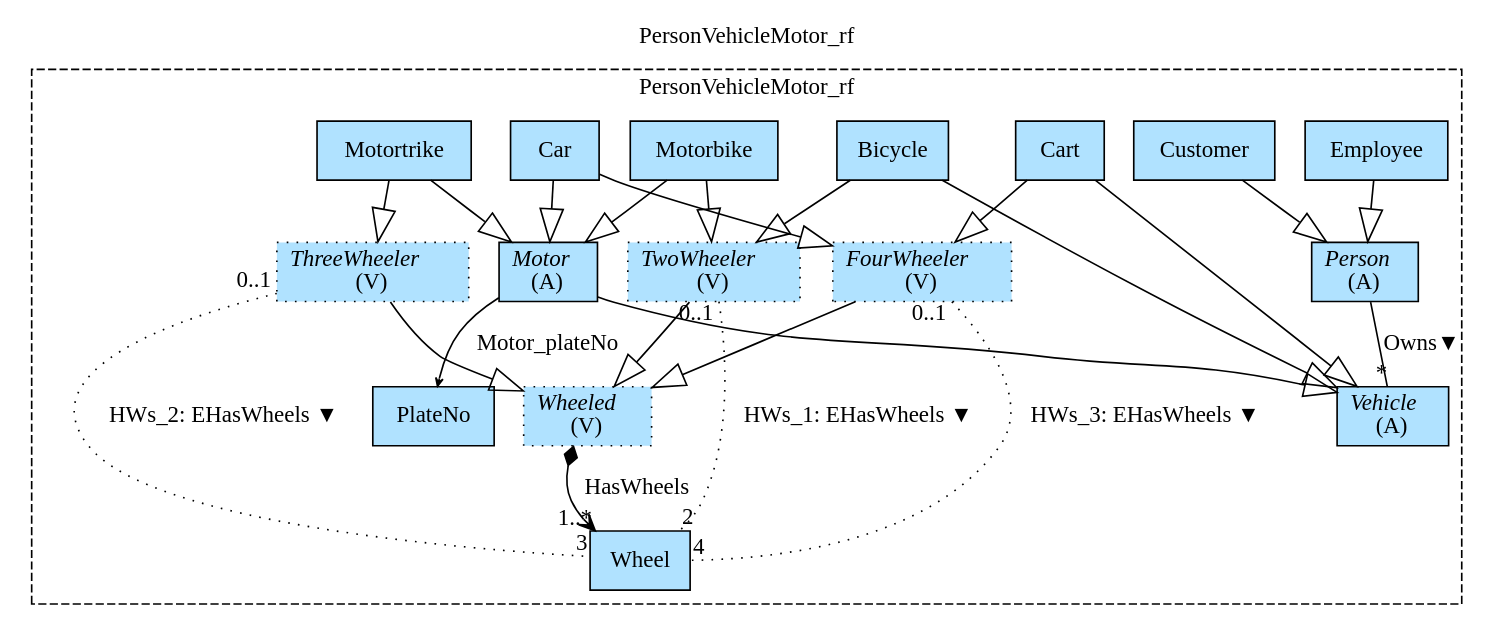
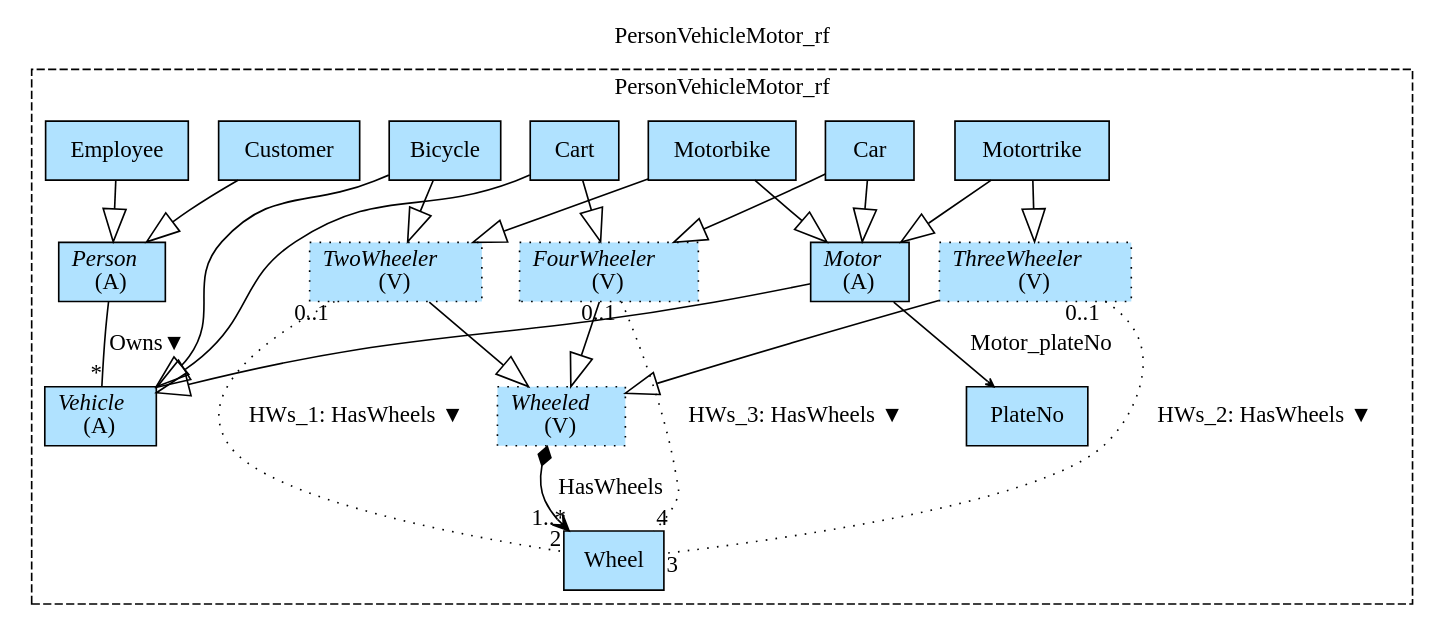
Before and after one commit to namalio/Fragmenta: the diagram in Haskell/FragmentaTests/FrPersonVehicleMotor/img/PersonVehicleMotor_rf.gv, drawn with Graphviz. The commit also changed 109 other files, not shown here.

```diff
--- a/Haskell/FragmentaTests/FrPersonVehicleMotor/img/PersonVehicleMotor_rf.gv
+++ b/Haskell/FragmentaTests/FrPersonVehicleMotor/img/PersonVehicleMotor_rf.gv
@@ -1,44 +1,44 @@
 digraph {graph[label=PersonVehicleMotor_rf,labelloc=tl,labelfontsize=12];
 subgraph cluster_PersonVehicleMotor_rf{style=dashed;label=PersonVehicleMotor_rf;
+"Car"[shape=record,fillcolor=lightskyblue1,style = filled,label="Car"];
+"Motorbike"[shape=record,fillcolor=lightskyblue1,style = filled,label="Motorbike"];
+"Motortrike"[shape=record,fillcolor=lightskyblue1,style = filled,label="Motortrike"];
+"Bicycle"[shape=record,fillcolor=lightskyblue1,style = filled,label="Bicycle"];
+"Cart"[shape=record,fillcolor=lightskyblue1,style = filled,label="Cart"];
+"Wheel"[shape=record,fillcolor=lightskyblue1,style = filled,label="Wheel"];
+"FourWheeler"[shape=record,fillcolor=lightskyblue1,style ="filled,dotted",label=<{<I>FourWheeler</I><br/>(V)}>];
+"ThreeWheeler"[shape=record,fillcolor=lightskyblue1,style ="filled,dotted",label=<{<I>ThreeWheeler</I><br/>(V)}>];
+"TwoWheeler"[shape=record,fillcolor=lightskyblue1,style ="filled,dotted",label=<{<I>TwoWheeler</I><br/>(V)}>];
+"Wheeled"[shape=record,fillcolor=lightskyblue1,style ="filled,dotted",label=<{<I>Wheeled</I><br/>(V)}>];
 "PlateNo"[shape=record,fillcolor=lightskyblue1,style = filled,label="PlateNo"];
+"Customer"[shape=record,fillcolor=lightskyblue1,style = filled,label="Customer"];
 "Employee"[shape=record,fillcolor=lightskyblue1,style = filled,label="Employee"];
-"Customer"[shape=record,fillcolor=lightskyblue1,style = filled,label="Customer"];
-"Person"[shape=record,fillcolor=lightskyblue1,style = filled,label=<{<I>Person</I><br/>(A)}>];
-"Cart"[shape=record,fillcolor=lightskyblue1,style = filled,label="Cart"];
-"Bicycle"[shape=record,fillcolor=lightskyblue1,style = filled,label="Bicycle"];
-"Motorbike"[shape=record,fillcolor=lightskyblue1,style = filled,label="Motorbike"];
-"Car"[shape=record,fillcolor=lightskyblue1,style = filled,label="Car"];
-"Motortrike"[shape=record,fillcolor=lightskyblue1,style = filled,label="Motortrike"];
-"Wheeled"[shape=record,fillcolor=lightskyblue1,style ="filled,dotted",label=<{<I>Wheeled</I><br/>(V)}>];
-"Wheel"[shape=record,fillcolor=lightskyblue1,style = filled,label="Wheel"];
 "Motor"[shape=record,fillcolor=lightskyblue1,style = filled,label=<{<I>Motor</I><br/>(A)}>];
 "Vehicle"[shape=record,fillcolor=lightskyblue1,style = filled,label=<{<I>Vehicle</I><br/>(A)}>];
-"TwoWheeler"[shape=record,fillcolor=lightskyblue1,style ="filled,dotted",label=<{<I>TwoWheeler</I><br/>(V)}>];
-"ThreeWheeler"[shape=record,fillcolor=lightskyblue1,style ="filled,dotted",label=<{<I>ThreeWheeler</I><br/>(V)}>];
-"FourWheeler"[shape=record,fillcolor=lightskyblue1,style ="filled,dotted",label=<{<I>FourWheeler</I><br/>(V)}>];
+"Person"[shape=record,fillcolor=lightskyblue1,style = filled,label=<{<I>Person</I><br/>(A)}>];
 
 "Person"->"Vehicle"[label="Owns▼",dir=none,taillabel="",headlabel="*"];
 "Motor"->"PlateNo"[label="Motor_plateNo",arrowhead=vee,headlabel="",arrowsize=.5];
 "Employee"->"Person"[arrowhead=onormal,arrowsize=2.0];
 "Customer"->"Person"[arrowhead=onormal,arrowsize=2.0];
 "Motor"->"Vehicle"[arrowhead=onormal,arrowsize=2.0];
-"Car"->"Motor"[arrowhead=onormal,arrowsize=2.0];
-"Motorbike"->"Motor"[arrowhead=onormal,arrowsize=2.0];
-"Motortrike"->"Motor"[arrowhead=onormal,arrowsize=2.0];
-"Bicycle"->"Vehicle"[arrowhead=onormal,arrowsize=2.0];
-"Cart"->"Vehicle"[arrowhead=onormal,arrowsize=2.0];
-"Cart"->"FourWheeler"[arrowhead=onormal,arrowsize=2.0];
-"Bicycle"->"TwoWheeler"[arrowhead=onormal,arrowsize=2.0];
-"Motorbike"->"TwoWheeler"[arrowhead=onormal,arrowsize=2.0];
-"Car"->"FourWheeler"[arrowhead=onormal,arrowsize=2.0];
-"Motortrike"->"ThreeWheeler"[arrowhead=onormal,arrowsize=2.0];
 "TwoWheeler"->"Wheeled"[arrowhead=onormal,arrowsize=2.0];
 "ThreeWheeler"->"Wheeled"[arrowhead=onormal,arrowsize=2.0];
 "FourWheeler"->"Wheeled"[arrowhead=onormal,arrowsize=2.0];
 "Wheeled"->"Wheel"[label="HasWheels",arrowhead=vee,arrowtail=diamond,dir=both,headlabel="1..*"];
-"TwoWheeler"->"Wheel"[label="HWs_1: EHasWheels ▼",dir=none,taillabel="0..1",headlabel="2",style=dotted];
-"ThreeWheeler"->"Wheel"[label="HWs_2: EHasWheels ▼",dir=none,taillabel="0..1",headlabel="3",style=dotted];
-"FourWheeler"->"Wheel"[label="HWs_3: EHasWheels ▼",dir=none,taillabel="0..1",headlabel="4",style=dotted];
+"TwoWheeler"->"Wheel"[label="HWs_1: HasWheels ▼",dir=none,taillabel="0..1",headlabel="2",style=dotted];
+"ThreeWheeler"->"Wheel"[label="HWs_2: HasWheels ▼",dir=none,taillabel="0..1",headlabel="3",style=dotted];
+"FourWheeler"->"Wheel"[label="HWs_3: HasWheels ▼",dir=none,taillabel="0..1",headlabel="4",style=dotted];
+"Motortrike"->"ThreeWheeler"[arrowhead=onormal,arrowsize=2.0];
+"Car"->"FourWheeler"[arrowhead=onormal,arrowsize=2.0];
+"Motorbike"->"TwoWheeler"[arrowhead=onormal,arrowsize=2.0];
+"Bicycle"->"TwoWheeler"[arrowhead=onormal,arrowsize=2.0];
+"Cart"->"FourWheeler"[arrowhead=onormal,arrowsize=2.0];
+"Cart"->"Vehicle"[arrowhead=onormal,arrowsize=2.0];
+"Bicycle"->"Vehicle"[arrowhead=onormal,arrowsize=2.0];
+"Motortrike"->"Motor"[arrowhead=onormal,arrowsize=2.0];
+"Motorbike"->"Motor"[arrowhead=onormal,arrowsize=2.0];
+"Car"->"Motor"[arrowhead=onormal,arrowsize=2.0];
 
 }
 }
```
